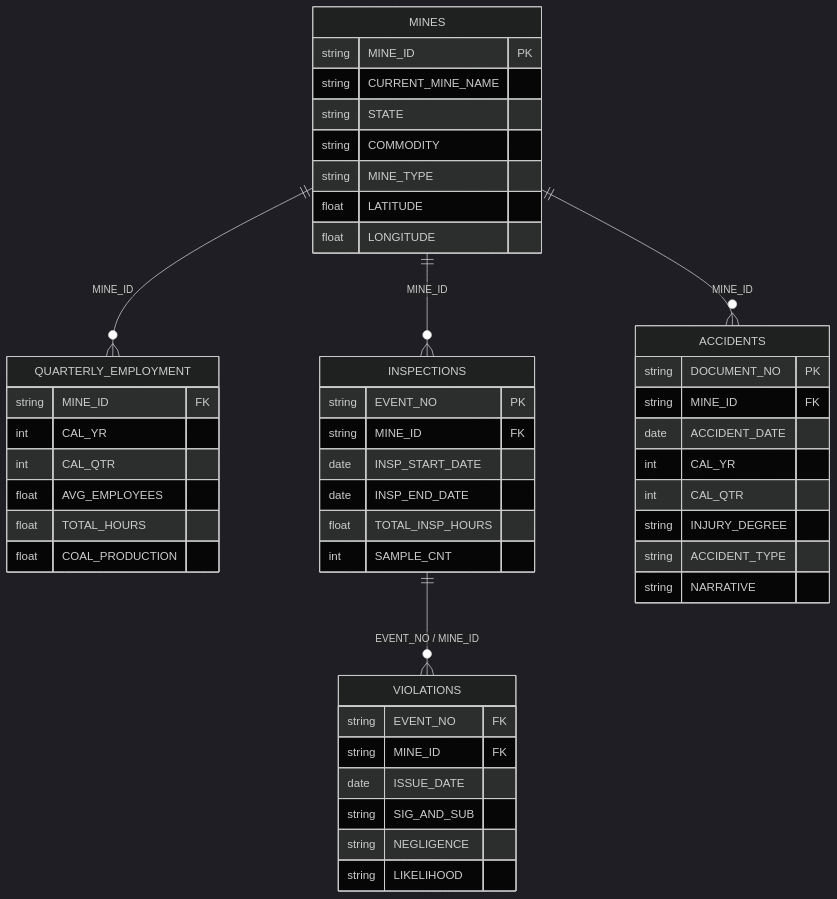
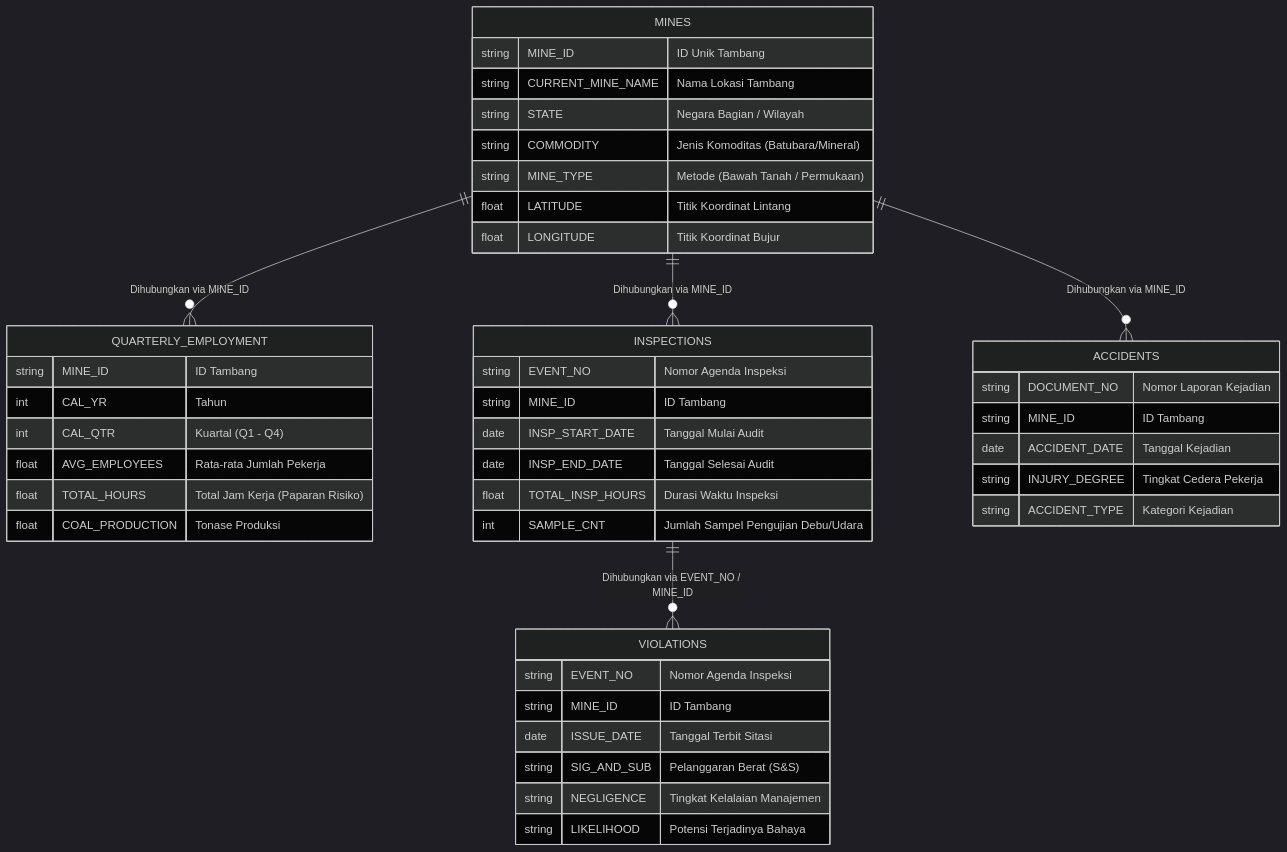
The diagram in README.md (anggerwicaksana/minerisk-ai), drawn with Mermaid (dark theme) before and after one commit. The commit also changed other lines of this file, not shown here.

````diff
--- a/README.md
+++ b/README.md
@@ -58,51 +71,48 @@
 ```mermaid
 erDiagram
-    MINES ||--o{ QUARTERLY_EMPLOYMENT : "MINE_ID"
-    MINES ||--o{ INSPECTIONS : "MINE_ID"
-    MINES ||--o{ ACCIDENTS : "MINE_ID"
-    INSPECTIONS ||--o{ VIOLATIONS : "EVENT_NO / MINE_ID"
+    MINES ||--o{ QUARTERLY_EMPLOYMENT : "Dihubungkan via MINE_ID"
+    MINES ||--o{ INSPECTIONS : "Dihubungkan via MINE_ID"
+    MINES ||--o{ ACCIDENTS : "Dihubungkan via MINE_ID"
+    INSPECTIONS ||--o{ VIOLATIONS : "Dihubungkan via EVENT_NO / MINE_ID"
 
     MINES {
-        string MINE_ID PK
-        string CURRENT_MINE_NAME
-        string STATE
-        string COMMODITY
-        string MINE_TYPE
-        float LATITUDE
-        float LONGITUDE
+        string MINE_ID "ID Unik Tambang"
+        string CURRENT_MINE_NAME "Nama Lokasi Tambang"
+        string STATE "Negara Bagian / Wilayah"
+        string COMMODITY "Jenis Komoditas (Batubara/Mineral)"
+        string MINE_TYPE "Metode (Bawah Tanah / Permukaan)"
+        float LATITUDE "Titik Koordinat Lintang"
+        float LONGITUDE "Titik Koordinat Bujur"
     }
     QUARTERLY_EMPLOYMENT {
-        string MINE_ID FK
-        int CAL_YR
-        int CAL_QTR
-        float AVG_EMPLOYEES
-        float TOTAL_HOURS
-        float COAL_PRODUCTION
+        string MINE_ID "ID Tambang"
+        int CAL_YR "Tahun"
+        int CAL_QTR "Kuartal (Q1 - Q4)"
+        float AVG_EMPLOYEES "Rata-rata Jumlah Pekerja"
+        float TOTAL_HOURS "Total Jam Kerja (Paparan Risiko)"
+        float COAL_PRODUCTION "Tonase Produksi"
     }
     INSPECTIONS {
-        string EVENT_NO PK
-        string MINE_ID FK
-        date INSP_START_DATE
-        date INSP_END_DATE
-        float TOTAL_INSP_HOURS
-        int SAMPLE_CNT
+        string EVENT_NO "Nomor Agenda Inspeksi"
+        string MINE_ID "ID Tambang"
+        date INSP_START_DATE "Tanggal Mulai Audit"
+        date INSP_END_DATE "Tanggal Selesai Audit"
+        float TOTAL_INSP_HOURS "Durasi Waktu Inspeksi"
+        int SAMPLE_CNT "Jumlah Sampel Pengujian Debu/Udara"
     }
     VIOLATIONS {
-        string EVENT_NO FK
-        string MINE_ID FK
-        date ISSUE_DATE
-        string SIG_AND_SUB
-        string NEGLIGENCE
-        string LIKELIHOOD
+        string EVENT_NO "Nomor Agenda Inspeksi"
+        string MINE_ID "ID Tambang"
+        date ISSUE_DATE "Tanggal Terbit Sitasi"
+        string SIG_AND_SUB "Pelanggaran Berat (S&S)"
+        string NEGLIGENCE "Tingkat Kelalaian Manajemen"
+        string LIKELIHOOD "Potensi Terjadinya Bahaya"
     }
     ACCIDENTS {
-        string DOCUMENT_NO PK
-        string MINE_ID FK
-        date ACCIDENT_DATE
-        int CAL_YR
-        int CAL_QTR
-        string INJURY_DEGREE
-        string ACCIDENT_TYPE
-        string NARRATIVE
+        string DOCUMENT_NO "Nomor Laporan Kejadian"
+        string MINE_ID "ID Tambang"
+        date ACCIDENT_DATE "Tanggal Kejadian"
+        string INJURY_DEGREE "Tingkat Cedera Pekerja"
+        string ACCIDENT_TYPE "Kategori Kejadian"
     }
 ```
````
